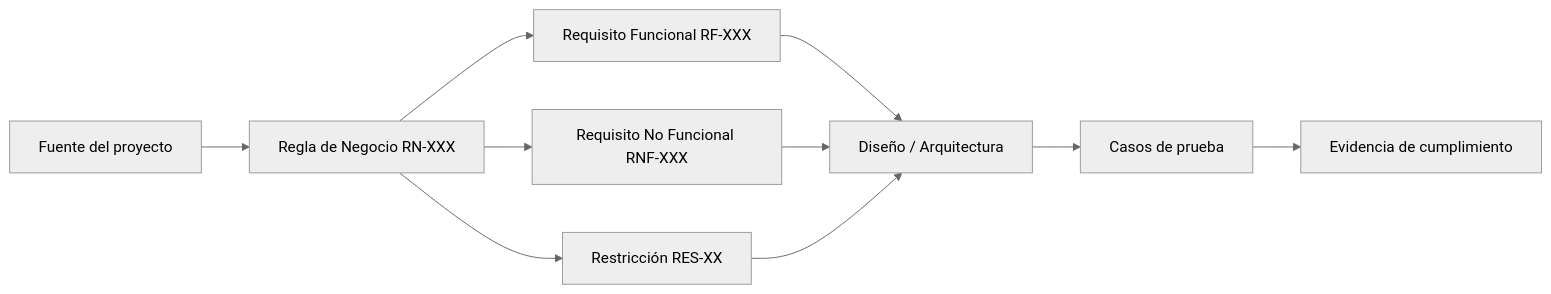
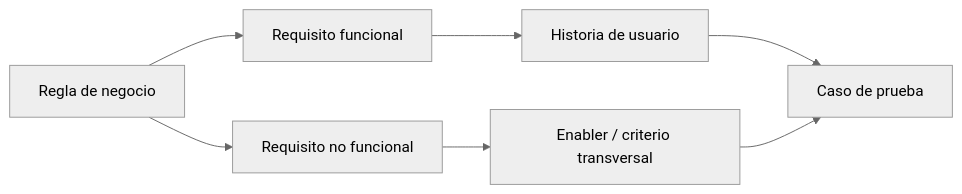
The diagram in docs/01 Inicio/09. Reglas de negocio V_1_0_0.md (DartBlackLink/PFA), drawn with Mermaid (neutral theme) before and after one commit. The commit also changed other lines of this file and 17 other files, not shown here.

Commit message:
Cambios generales dentro del proyecto

````diff
--- a/docs/01 Inicio/09. Reglas de negocio V_1_0_0.md
+++ b/docs/01 Inicio/09. Reglas de negocio V_1_0_0.md
@@ -784,12 +57,9 @@
 ```mermaid
 flowchart LR
-    F[Fuente del proyecto] --> RN[Regla de Negocio RN-XXX]
-    RN --> RF[Requisito Funcional RF-XXX]
-    RN --> RNF[Requisito No Funcional RNF-XXX]
-    RN --> RES[Restricción RES-XX]
-    RF --> DIS[Diseño / Arquitectura]
-    RNF --> DIS
-    RES --> DIS
-    DIS --> PRU[Casos de prueba]
-    PRU --> EVI[Evidencia de cumplimiento]
+    RN[Regla de negocio] --> RF[Requisito funcional]
+    RN --> RNF[Requisito no funcional]
+    RF --> US[Historia de usuario]
+    RNF --> EN[Enabler / criterio transversal]
+    US --> CP[Caso de prueba]
+    EN --> CP
 ```
````
